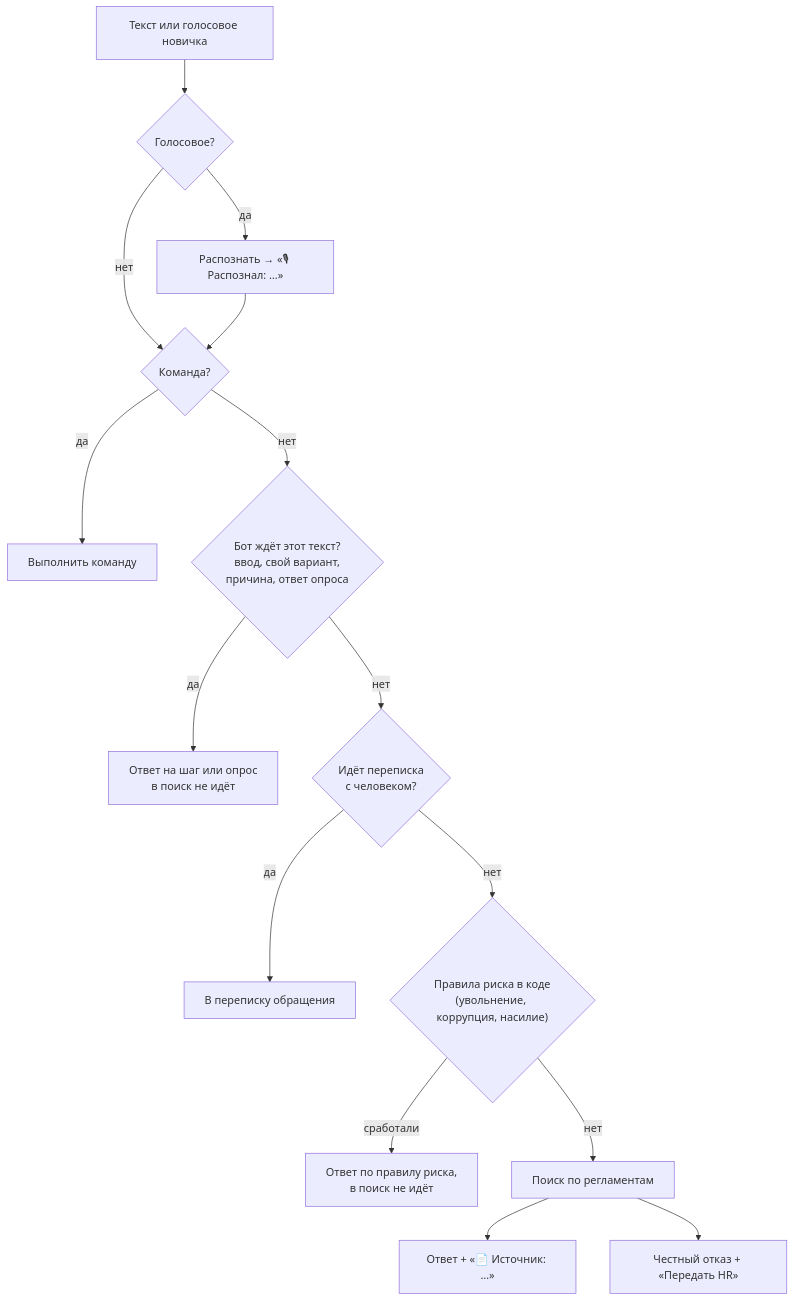
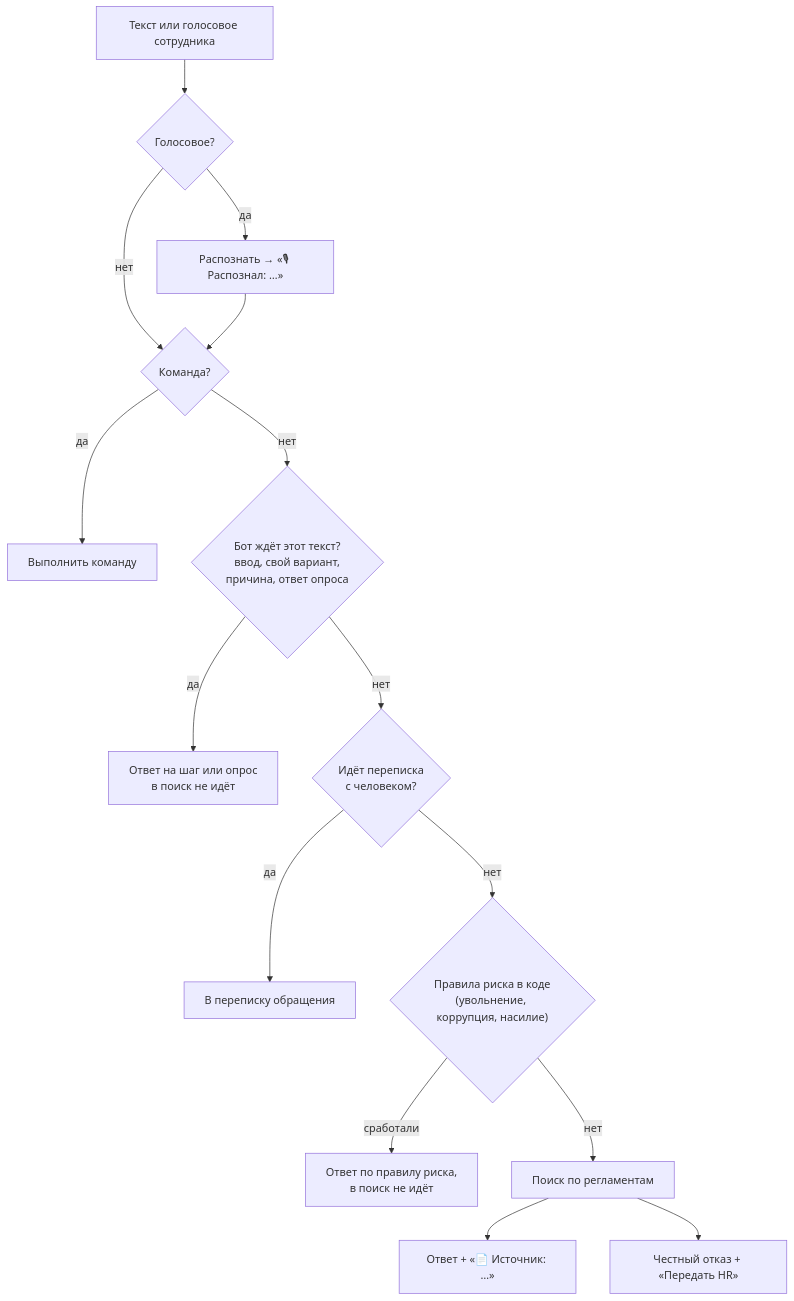
Before and after one commit to kunak-agency/polyplastic-bot: the fourth of 5 diagrams in agency/system/Human/02-bot-behaviour.md, drawn with Mermaid. The commit also changed other lines of this file and 99 other files, not shown here.

````diff
--- a/agency/system/Human/02-bot-behaviour.md
+++ b/agency/system/Human/02-bot-behaviour.md
@@ -175,17 +175,17 @@
 ```mermaid
 flowchart TD
-    T["Текст или голосовое новичка"] --> V{"Голосовое?"}
+    T["Текст или голосовое сотрудника"] --> V{"Голосовое?"}
     V -->|да| VR["Распознать → «🎙 Распознал: …»"]
     V -->|нет| C
     VR --> C{"Команда?"}
     C -->|да| CMD["Выполнить команду"]
     C -->|нет| W{"Бот ждёт этот текст?<br/>ввод, свой вариант,<br/>причина, ответ опроса"}
     W -->|да| ANS["Ответ на шаг или опрос<br/>в поиск не идёт"]
     W -->|нет| H{"Идёт переписка<br/>с человеком?"}
     H -->|да| HUM["В переписку обращения"]
     H -->|нет| RX{"Правила риска в коде<br/>(увольнение, коррупция, насилие)"}
     RX -->|сработали| RISK["Ответ по правилу риска,<br/>в поиск не идёт"]
     RX -->|нет| RAG["Поиск по регламентам"]
     RAG --> OK["Ответ + «📄 Источник: …»"]
     RAG --> NO["Честный отказ + «Передать HR»"]
 ```
````
